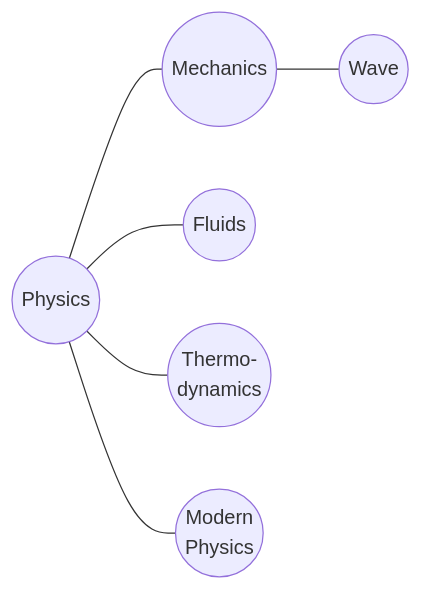
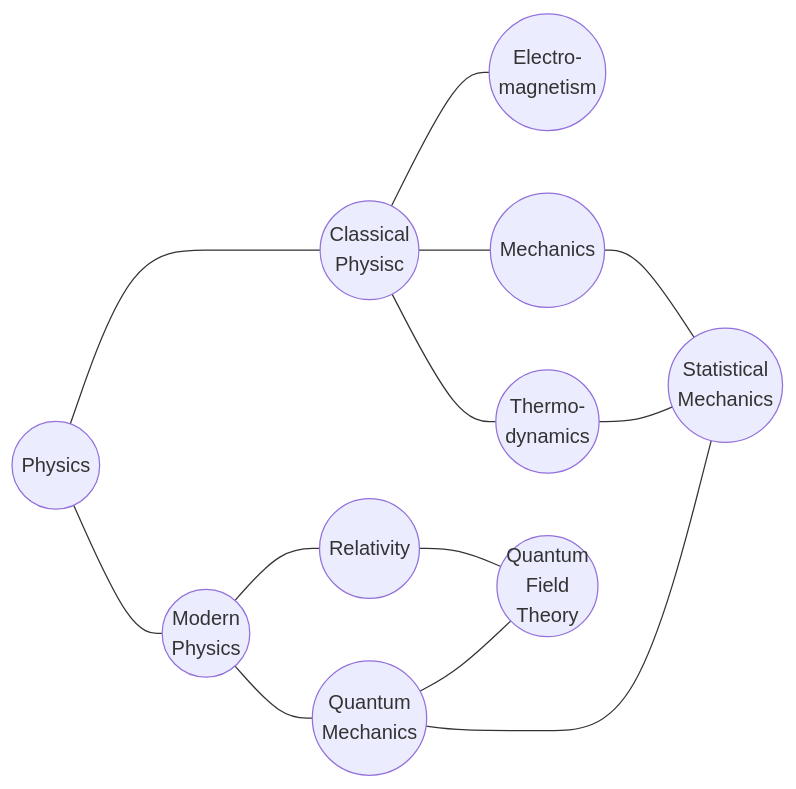
Before and after one commit to dudung/moparc: the diagram in phys/README.md, drawn with Mermaid. The commit also changed other lines of this file, not shown here.

````diff
--- a/phys/README.md
+++ b/phys/README.md
@@ -4,15 +4,23 @@
 ```mermaid
 flowchart LR
   %% links
-  phys --- mech & flui & ther & mode
-  mech --- wave
+  phys --- clas & mode
+  clas --- elem & mech & ther
+  mode --- rela & quan --- qfth
+  mech & ther --- stat
+  quan ---- stat
   %% elements
   phys(( Physics ))
-  mech(( Mechanics ))
-  flui(( Fluids ))
-  ther(( Thermo-<br>dynamics ))
-  wave(( Wave ))
+  clas(( Classical<br>Physisc ))
+    mech(( Mechanics ))
+    ther(( Thermo-<br>dynamics ))
+    elem(( Electro-<br>magnetism ))
   mode(( Modern<br>Physics ))
+    rela(( Relativity ))
+    quan(( Quantum<br>Mechanics ))
+    qfth(( Quantum<br>Field<br>Theory))
+  stat(( Statistical<br>Mechanics ))
   %% pages
+  click mech "https://github.com/dudung/moparc/tree/main/phys/mech" _self
   %% styles
 ```
````
